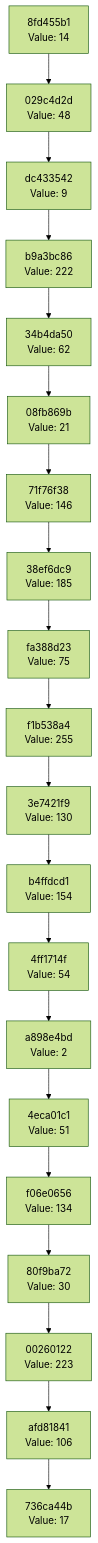
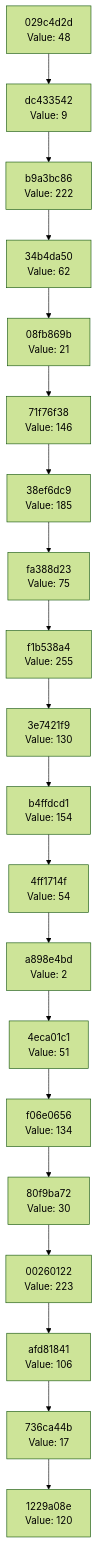
The diagram in docs/CHAIN_VISUALIZATION.md (Abhisheksinha1506/hash-chain-evolver), drawn with Mermaid (forest theme) before and after one commit. The commit also changed 3 other files, not shown here.

````diff
--- a/docs/CHAIN_VISUALIZATION.md
+++ b/docs/CHAIN_VISUALIZATION.md
@@ -3,42 +3,42 @@
 ```mermaid
 graph TD
-    C0["736ca44b<br/>Value: 17"]
-    C1["afd81841<br/>Value: 106"]
+    C0["1229a08e<br/>Value: 120"]
+    C1["736ca44b<br/>Value: 17"]
     C1 --> C0
-    C2["00260122<br/>Value: 223"]
+    C2["afd81841<br/>Value: 106"]
     C2 --> C1
-    C3["80f9ba72<br/>Value: 30"]
+    C3["00260122<br/>Value: 223"]
     C3 --> C2
-    C4["f06e0656<br/>Value: 134"]
+    C4["80f9ba72<br/>Value: 30"]
     C4 --> C3
-    C5["4eca01c1<br/>Value: 51"]
+    C5["f06e0656<br/>Value: 134"]
     C5 --> C4
-    C6["a898e4bd<br/>Value: 2"]
+    C6["4eca01c1<br/>Value: 51"]
     C6 --> C5
-    C7["4ff1714f<br/>Value: 54"]
+    C7["a898e4bd<br/>Value: 2"]
     C7 --> C6
-    C8["b4ffdcd1<br/>Value: 154"]
+    C8["4ff1714f<br/>Value: 54"]
     C8 --> C7
-    C9["3e7421f9<br/>Value: 130"]
+    C9["b4ffdcd1<br/>Value: 154"]
     C9 --> C8
-    C10["f1b538a4<br/>Value: 255"]
+    C10["3e7421f9<br/>Value: 130"]
     C10 --> C9
-    C11["fa388d23<br/>Value: 75"]
+    C11["f1b538a4<br/>Value: 255"]
     C11 --> C10
-    C12["38ef6dc9<br/>Value: 185"]
+    C12["fa388d23<br/>Value: 75"]
     C12 --> C11
-    C13["71f76f38<br/>Value: 146"]
+    C13["38ef6dc9<br/>Value: 185"]
     C13 --> C12
-    C14["08fb869b<br/>Value: 21"]
+    C14["71f76f38<br/>Value: 146"]
     C14 --> C13
-    C15["34b4da50<br/>Value: 62"]
+    C15["08fb869b<br/>Value: 21"]
     C15 --> C14
-    C16["b9a3bc86<br/>Value: 222"]
+    C16["34b4da50<br/>Value: 62"]
     C16 --> C15
-    C17["dc433542<br/>Value: 9"]
+    C17["b9a3bc86<br/>Value: 222"]
     C17 --> C16
-    C18["029c4d2d<br/>Value: 48"]
+    C18["dc433542<br/>Value: 9"]
     C18 --> C17
-    C19["8fd455b1<br/>Value: 14"]
+    C19["029c4d2d<br/>Value: 48"]
     C19 --> C18
 ```
````
